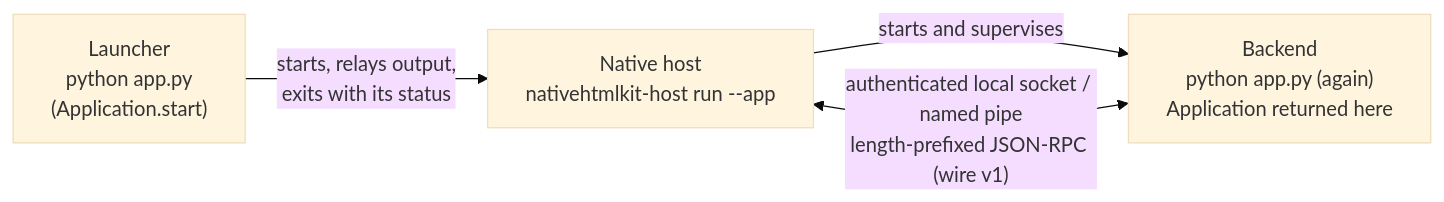
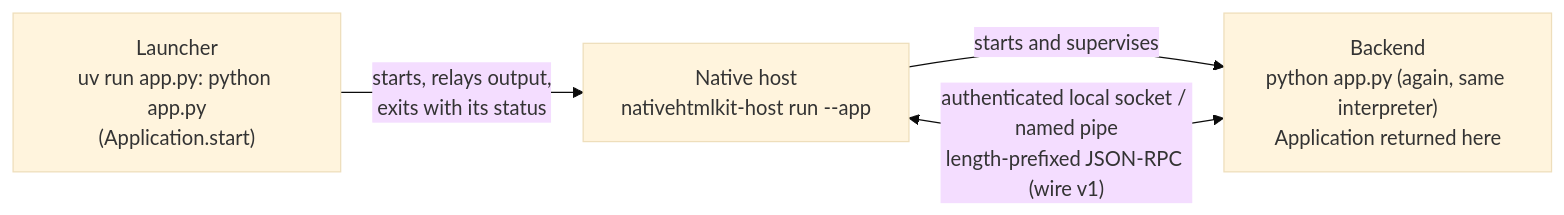
The first of 3 diagrams in docs/ARCHITECTURE.md (nativehtmlkit/nativehtmlkit-python), drawn with Mermaid (base theme) before and after one commit. The commit also changed other lines of this file and 45 other files, not shown here.

First line of the commit message:
Docs and examples: install and run Python with uv (F-0009)

````diff
--- a/docs/ARCHITECTURE.md
+++ b/docs/ARCHITECTURE.md
@@ -9,6 +9,6 @@
 ```mermaid
 flowchart LR
-  L["Launcher<br/>python app.py<br/>(Application.start)"] -- "starts, relays output,<br/>exits with its status" --> H["Native host<br/>nativehtmlkit-host run --app"]
-  H -- "starts and supervises" --> B["Backend<br/>python app.py (again)<br/>Application returned here"]
+  L["Launcher<br/>uv run app.py: python app.py<br/>(Application.start)"] -- "starts, relays output,<br/>exits with its status" --> H["Native host<br/>nativehtmlkit-host run --app"]
+  H -- "starts and supervises" --> B["Backend<br/>python app.py (again, same interpreter)<br/>Application returned here"]
   B <-- "authenticated local socket / named pipe<br/>length-prefixed JSON-RPC (wire v1)" --> H
 ```
````
